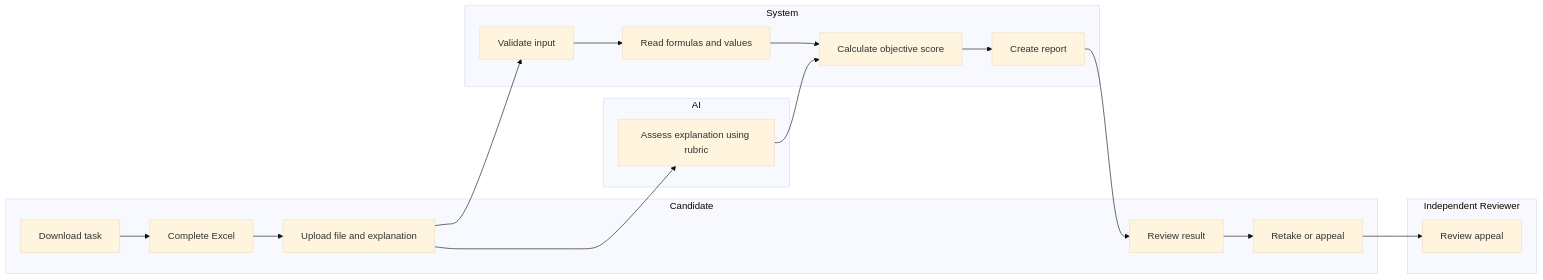
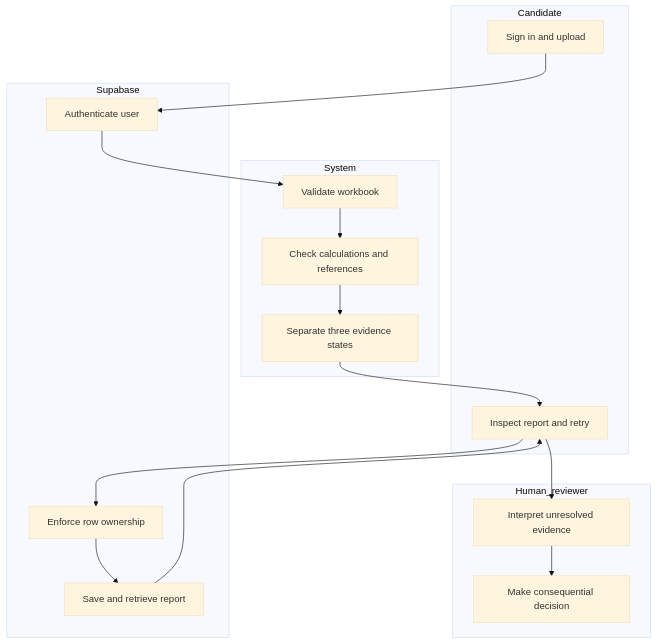
One commit to valeriakarambuilds-sketch/skillproof-mx changed the second of 2 diagrams in docs/PACKET.md. Above: the diagram before and after it, drawn with Mermaid (base theme). The commit also changed other lines of this file and 3 other files, not shown here.

Commit message:
docs: establish Week 12 charter and packet before core changes

````diff
--- a/docs/PACKET.md
+++ b/docs/PACKET.md
@@ -118,29 +35,24 @@
 ```mermaid
-flowchart LR
-    subgraph Candidate
-        A[Download task]
-        B[Complete Excel]
-        C[Upload file and explanation]
-        D[Review result]
-        E[Retake or appeal]
-    end
-
-    subgraph System
-        F[Validate input]
-        G[Read formulas and values]
-        H[Calculate objective score]
-        I[Create report]
-    end
-
-    subgraph AI
-        J[Assess explanation using rubric]
-    end
-
-    subgraph Independent_Reviewer[Independent Reviewer]
-        K[Review appeal]
-    end
-
-    A --> B --> C --> F --> G --> H
-    C --> J --> H
-    H --> I --> D --> E --> K
+flowchart TD
+ subgraph Candidate
+ A[Sign in and upload]
+ H[Inspect report and retry]
+ end
+ subgraph System
+ B[Validate workbook]
+ C[Check calculations and references]
+ D[Separate three evidence states]
+ end
+ subgraph Supabase
+ E[Authenticate user]
+ F[Enforce row ownership]
+ G[Save and retrieve report]
+ end
+ subgraph Human_reviewer
+ I[Interpret unresolved evidence]
+ J[Make consequential decision]
+ end
+ A --> E --> B --> C --> D --> H
+ H --> F --> G --> H
+ H --> I --> J
 ```
````
